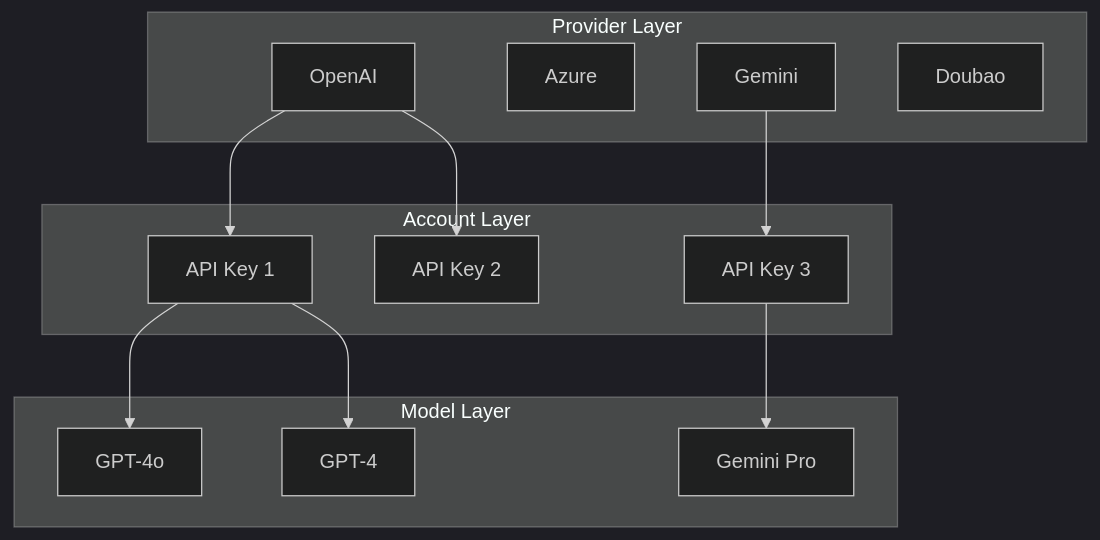
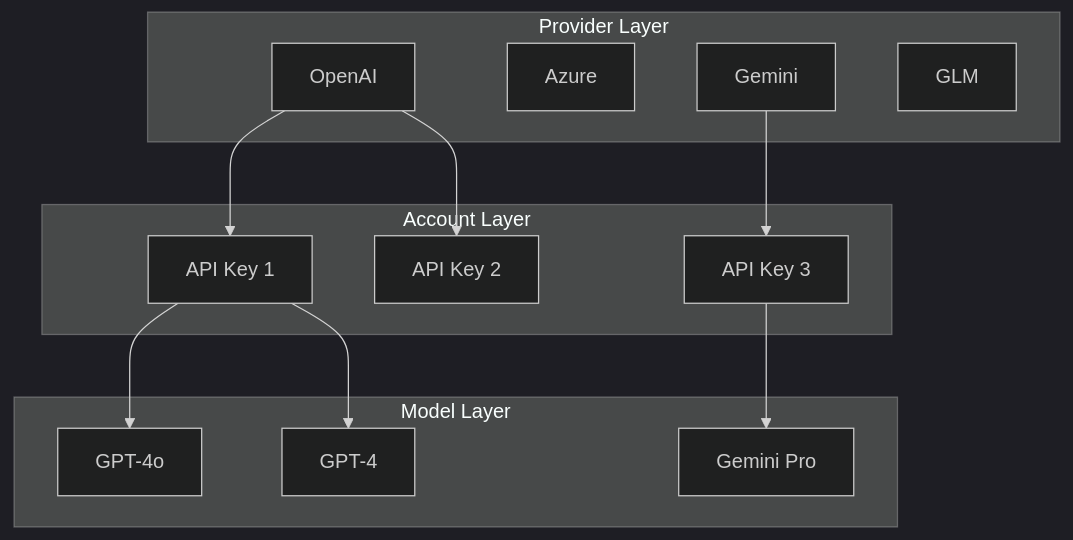
The fourth of 4 diagrams in docs/architecture.md (openrocky/openrocky.github.io), drawn with Mermaid (dark theme) before and after one commit. The commit also changed other lines of this file and 7 other files, not shown here.

````diff
--- a/docs/architecture.md
+++ b/docs/architecture.md
@@ -122,28 +122,28 @@
 ```mermaid
 graph TD
     subgraph Providers["Provider Layer"]
         P1["OpenAI"]
         P2["Azure"]
         P3["Gemini"]
-        P4["Doubao"]
+        P4["GLM"]
     end
 
     subgraph Accounts["Account Layer"]
         A1["API Key 1"]
         A2["API Key 2"]
         A3["API Key 3"]
     end
 
     subgraph Models["Model Layer"]
         M1["GPT-4o"]
         M2["GPT-4"]
         M3["Gemini Pro"]
     end
 
     P1 --> A1
     P1 --> A2
     P3 --> A3
     A1 --> M1
     A1 --> M2
     A3 --> M3
 ```
````
